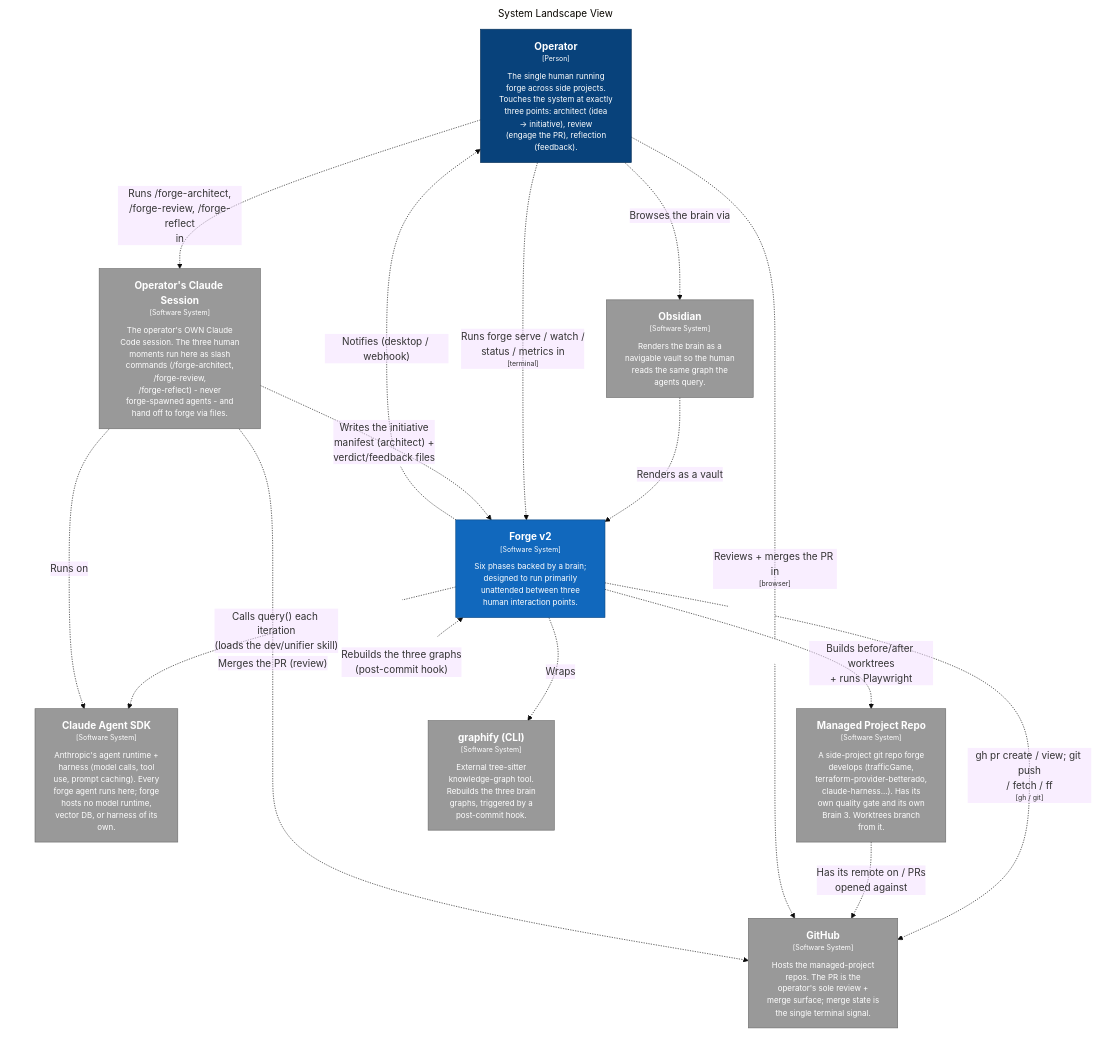
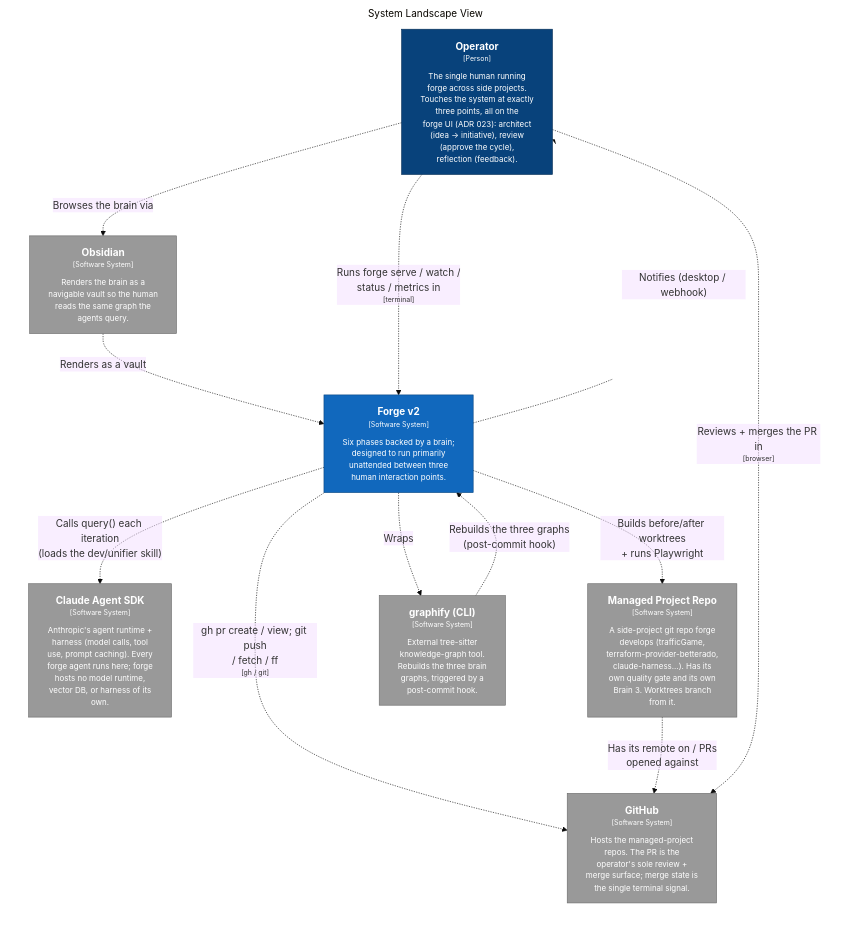
Before and after one commit to parsoFish/forge-v2: the diagram in docs/architecture/c4/diagrams/structurizr-Landscape.mmd, drawn with Mermaid (base theme). The commit also changed 35 other files, not shown here.

First line of the commit message:
docs(c4): regenerate the architecture model for ADR 023 + the surface retirements

```diff
--- a/docs/architecture/c4/diagrams/structurizr-Landscape.mmd
+++ b/docs/architecture/c4/diagrams/structurizr-Landscape.mmd
@@ -1,40 +1,34 @@
 graph LR
   linkStyle default fill:#ffffff
 
   subgraph diagram ["System Landscape View"]
     style diagram fill:#ffffff,stroke:#ffffff
 
-    1["<div style='font-weight: bold'>Operator</div><div style='font-size: 70%; margin-top: 0px'>[Person]</div><div style='font-size: 80%; margin-top:10px'>The single human running<br />forge across side projects.<br />Touches the system at exactly<br />three points: architect (idea<br />-> initiative), review<br />(engage the PR), reflection<br />(feedback).</div>"]
+    1["<div style='font-weight: bold'>Operator</div><div style='font-size: 70%; margin-top: 0px'>[Person]</div><div style='font-size: 80%; margin-top:10px'>The single human running<br />forge across side projects.<br />Touches the system at exactly<br />three points, all on the<br />forge UI (ADR 023): architect<br />(idea -> initiative), review<br />(approve the cycle),<br />reflection (feedback).</div>"]
     style 1 fill:#08427b,stroke:#052e56,color:#ffffff
     2["<div style='font-weight: bold'>Claude Agent SDK</div><div style='font-size: 70%; margin-top: 0px'>[Software System]</div><div style='font-size: 80%; margin-top:10px'>Anthropic's agent runtime +<br />harness (model calls, tool<br />use, prompt caching). Every<br />forge agent runs here; forge<br />hosts no model runtime,<br />vector DB, or harness of its<br />own.</div>"]
     style 2 fill:#999999,stroke:#6b6b6b,color:#ffffff
     3["<div style='font-weight: bold'>GitHub</div><div style='font-size: 70%; margin-top: 0px'>[Software System]</div><div style='font-size: 80%; margin-top:10px'>Hosts the managed-project<br />repos. The PR is the<br />operator's sole review +<br />merge surface; merge state is<br />the single terminal signal.</div>"]
     style 3 fill:#999999,stroke:#6b6b6b,color:#ffffff
     4["<div style='font-weight: bold'>Managed Project Repo</div><div style='font-size: 70%; margin-top: 0px'>[Software System]</div><div style='font-size: 80%; margin-top:10px'>A side-project git repo forge<br />develops (trafficGame,<br />terraform-provider-betterado,<br />claude-harness...). Has its<br />own quality gate and its own<br />Brain 3. Worktrees branch<br />from it.</div>"]
     style 4 fill:#999999,stroke:#6b6b6b,color:#ffffff
     5["<div style='font-weight: bold'>graphify (CLI)</div><div style='font-size: 70%; margin-top: 0px'>[Software System]</div><div style='font-size: 80%; margin-top:10px'>External tree-sitter<br />knowledge-graph tool.<br />Rebuilds the three brain<br />graphs, triggered by a<br />post-commit hook.</div>"]
     style 5 fill:#999999,stroke:#6b6b6b,color:#ffffff
     6["<div style='font-weight: bold'>Obsidian</div><div style='font-size: 70%; margin-top: 0px'>[Software System]</div><div style='font-size: 80%; margin-top:10px'>Renders the brain as a<br />navigable vault so the human<br />reads the same graph the<br />agents query.</div>"]
     style 6 fill:#999999,stroke:#6b6b6b,color:#ffffff
-    7["<div style='font-weight: bold'>Operator's Claude Session</div><div style='font-size: 70%; margin-top: 0px'>[Software System]</div><div style='font-size: 80%; margin-top:10px'>The operator's OWN Claude<br />Code session. The three human<br />moments run here as slash<br />commands (/forge-architect,<br />/forge-review,<br />/forge-reflect) - never<br />forge-spawned agents - and<br />hand off to forge via files.</div>"]
-    style 7 fill:#999999,stroke:#6b6b6b,color:#ffffff
-    8["<div style='font-weight: bold'>Forge v2</div><div style='font-size: 70%; margin-top: 0px'>[Software System]</div><div style='font-size: 80%; margin-top:10px'>Six phases backed by a brain;<br />designed to run primarily<br />unattended between three<br />human interaction points.</div>"]
-    style 8 fill:#1168bd,stroke:#0b4884,color:#ffffff
+    7["<div style='font-weight: bold'>Forge v2</div><div style='font-size: 70%; margin-top: 0px'>[Software System]</div><div style='font-size: 80%; margin-top:10px'>Six phases backed by a brain;<br />designed to run primarily<br />unattended between three<br />human interaction points.</div>"]
+    style 7 fill:#1168bd,stroke:#0b4884,color:#ffffff
 
-    8-. "<div>Calls query() each iteration<br />(loads the dev/unifier skill)</div><div style='font-size: 70%'></div>" .->2
-    8-. "<div>gh pr create / view; git push<br />/ fetch / ff</div><div style='font-size: 70%'>[gh / git]</div>" .->3
-    8-. "<div>Notifies (desktop / webhook)</div><div style='font-size: 70%'></div>" .->1
-    8-. "<div>Wraps</div><div style='font-size: 70%'></div>" .->5
-    5-. "<div>Rebuilds the three graphs<br />(post-commit hook)</div><div style='font-size: 70%'></div>" .->8
-    6-. "<div>Renders as a vault</div><div style='font-size: 70%'></div>" .->8
+    7-. "<div>Calls query() each iteration<br />(loads the dev/unifier skill)</div><div style='font-size: 70%'></div>" .->2
+    7-. "<div>gh pr create / view; git push<br />/ fetch / ff</div><div style='font-size: 70%'>[gh / git]</div>" .->3
+    7-. "<div>Notifies (desktop / webhook)</div><div style='font-size: 70%'></div>" .->1
+    7-. "<div>Wraps</div><div style='font-size: 70%'></div>" .->5
+    5-. "<div>Rebuilds the three graphs<br />(post-commit hook)</div><div style='font-size: 70%'></div>" .->7
+    6-. "<div>Renders as a vault</div><div style='font-size: 70%'></div>" .->7
     4-. "<div>Has its remote on / PRs<br />opened against</div><div style='font-size: 70%'></div>" .->3
-    1-. "<div>Runs forge serve / watch /<br />status / metrics in</div><div style='font-size: 70%'>[terminal]</div>" .->8
-    1-. "<div>Runs /forge-architect,<br />/forge-review, /forge-reflect<br />in</div><div style='font-size: 70%'></div>" .->7
+    1-. "<div>Runs forge serve / watch /<br />status / metrics in</div><div style='font-size: 70%'>[terminal]</div>" .->7
     1-. "<div>Reviews + merges the PR in</div><div style='font-size: 70%'>[browser]</div>" .->3
     1-. "<div>Browses the brain via</div><div style='font-size: 70%'></div>" .->6
-    7-. "<div>Writes the initiative<br />manifest (architect) +<br />verdict/feedback files</div><div style='font-size: 70%'></div>" .->8
-    7-. "<div>Runs on</div><div style='font-size: 70%'></div>" .->2
-    7-. "<div>Merges the PR (review)</div><div style='font-size: 70%'></div>" .->3
-    8-. "<div>Builds before/after worktrees<br />+ runs Playwright</div><div style='font-size: 70%'></div>" .->4
+    7-. "<div>Builds before/after worktrees<br />+ runs Playwright</div><div style='font-size: 70%'></div>" .->4
 
   end
```
